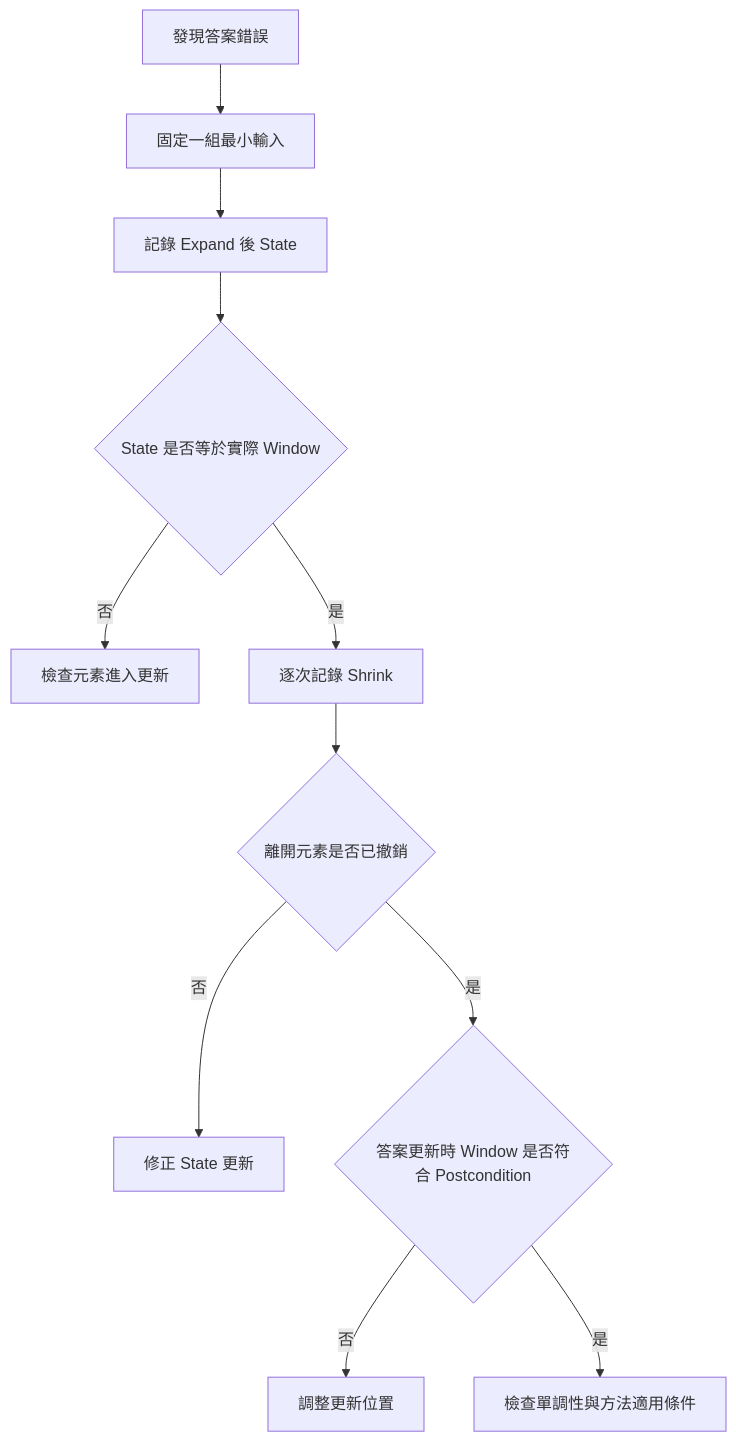
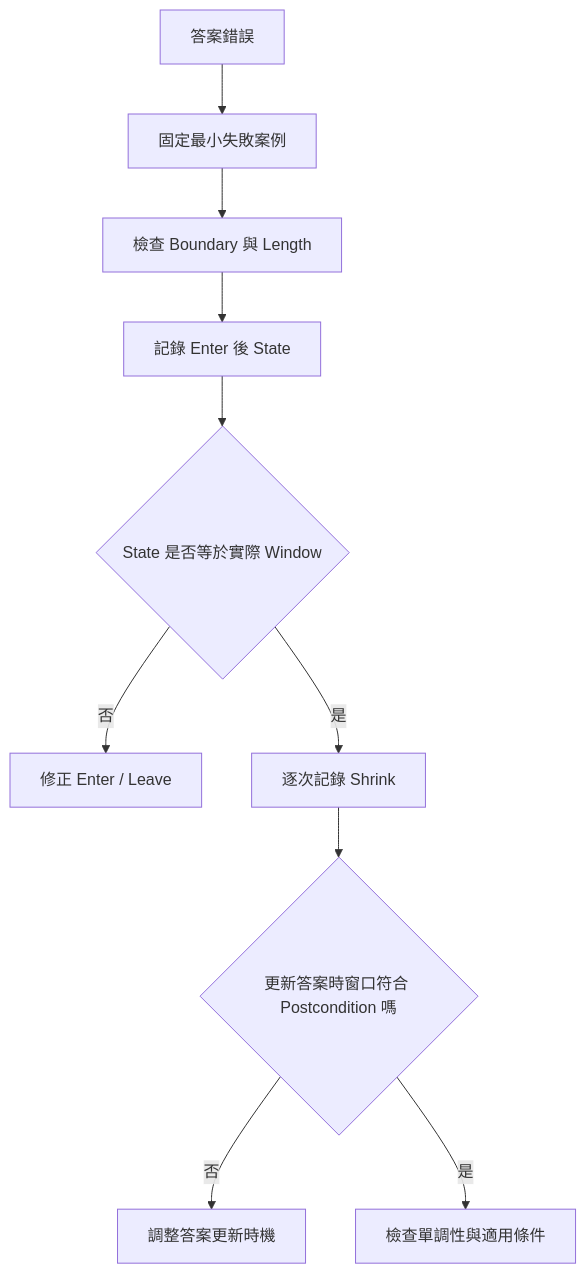
Diagram 12 of 12 in 03_core_patterns/13_sliding_window.md (davidchen0970/algorithm_note), drawn with Mermaid before and after one commit. The commit also changed other lines of this file, not shown here.

````diff
--- a/03_core_patterns/13_sliding_window.md
+++ b/03_core_patterns/13_sliding_window.md
@@ -701,13 +791,12 @@
 ```mermaid
 flowchart TD
-    A[發現答案錯誤] --> B[固定一組最小輸入]
-    B --> C[記錄 Expand 後 State]
-    C --> D{State 是否等於實際 Window}
-    D -->|否| E[檢查元素進入更新]
-    D -->|是| F[逐次記錄 Shrink]
-    F --> G{離開元素是否已撤銷}
-    G -->|否| H[修正 State 更新]
-    G -->|是| I{答案更新時 Window 是否符合 Postcondition}
-    I -->|否| J[調整更新位置]
-    I -->|是| K[檢查單調性與方法適用條件]
+    A["答案錯誤"] --> B["固定最小失敗案例"]
+    B --> C["檢查 Boundary 與 Length"]
+    C --> D["記錄 Enter 後 State"]
+    D --> E{"State 是否等於實際 Window"}
+    E -->|否| F["修正 Enter / Leave"]
+    E -->|是| G["逐次記錄 Shrink"]
+    G --> H{"更新答案時窗口符合 Postcondition 嗎"}
+    H -->|否| I["調整答案更新時機"]
+    H -->|是| J["檢查單調性與適用條件"]
 ```
````
